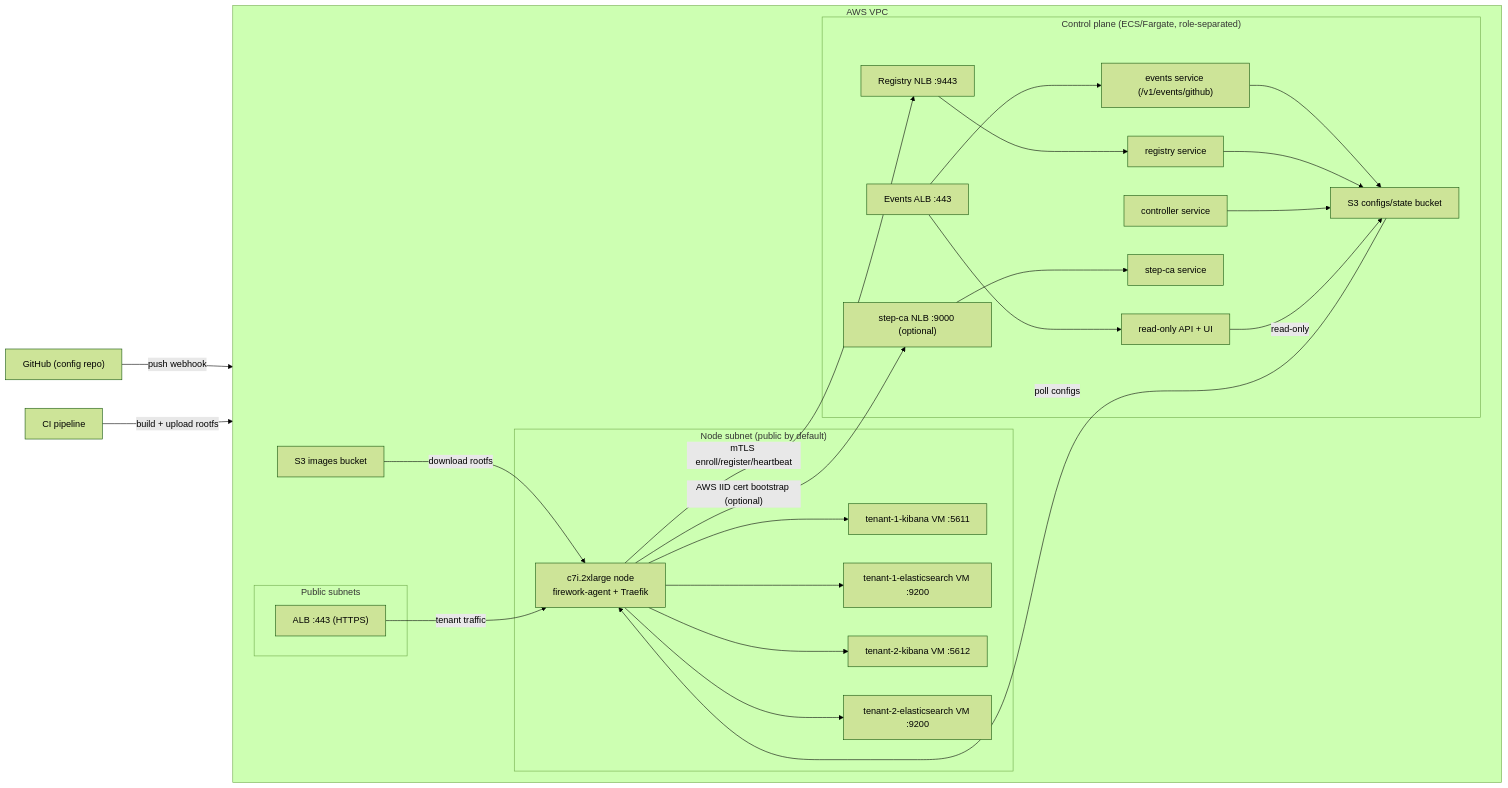
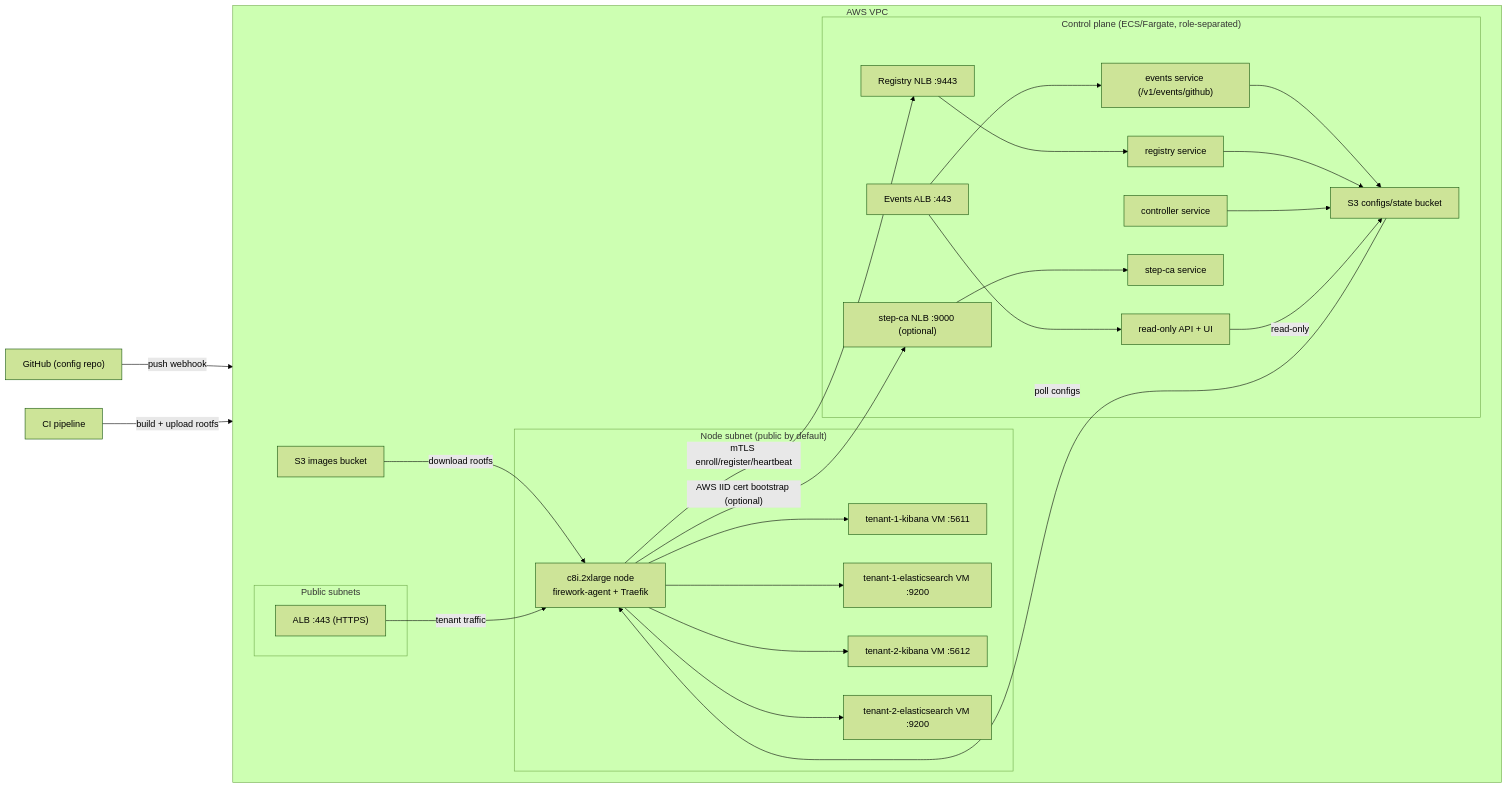
One commit to artemnikitin/firework-deployment-example changed the diagram in README.md. Above: the diagram before and after it, drawn with Mermaid (forest theme). The commit also changed 3 other files, not shown here.

First line of the commit message:
Default node instance type to c8i.2xlarge

````diff
--- a/README.md
+++ b/README.md
@@ -14,43 +14,43 @@
 ```mermaid
 flowchart LR
   GitHub["GitHub (config repo)"] -->|push webhook| EventsALB["Events ALB :443"]
   CI["CI pipeline"] -->|build + upload rootfs| S3Images["S3 images bucket"]
 
   subgraph VPC["AWS VPC"]
     direction LR
 
     subgraph ControlPlane["Control plane (ECS/Fargate, role-separated)"]
       EventsALB --> Events["events service (/v1/events/github)"]
       EventsALB --> API["read-only API + UI"]
       Events --> S3Configs["S3 configs/state bucket"]
       RegistryNLB["Registry NLB :9443"] --> Registry["registry service"]
       StepCANLB["step-ca NLB :9000 (optional)"] --> StepCA["step-ca service"]
       Registry --> S3Configs
       Controller["controller service"] --> S3Configs
       API -->|read-only| S3Configs
     end
 
     subgraph Public["Public subnets"]
       ALB["ALB :443 (HTTPS)"]
     end
 
     subgraph Nodes["Node subnet (public by default)"]
-      Node["c7i.2xlarge node<br/>firework-agent + Traefik"]
+      Node["c8i.2xlarge node<br/>firework-agent + Traefik"]
       VM1["tenant-1-kibana VM :5611"]
       VM2["tenant-1-elasticsearch VM :9200"]
       VM3["tenant-2-kibana VM :5612"]
       VM4["tenant-2-elasticsearch VM :9200"]
 
       Node --> VM1
       Node --> VM2
       Node --> VM3
       Node --> VM4
     end
 
     S3Configs -->|poll configs| Node
     S3Images -->|download rootfs| Node
     Node -- "AWS IID cert bootstrap (optional)" --> StepCANLB
     Node -->|mTLS enroll/register/heartbeat| RegistryNLB
     ALB -->|tenant traffic| Node
   end
 ```
````
